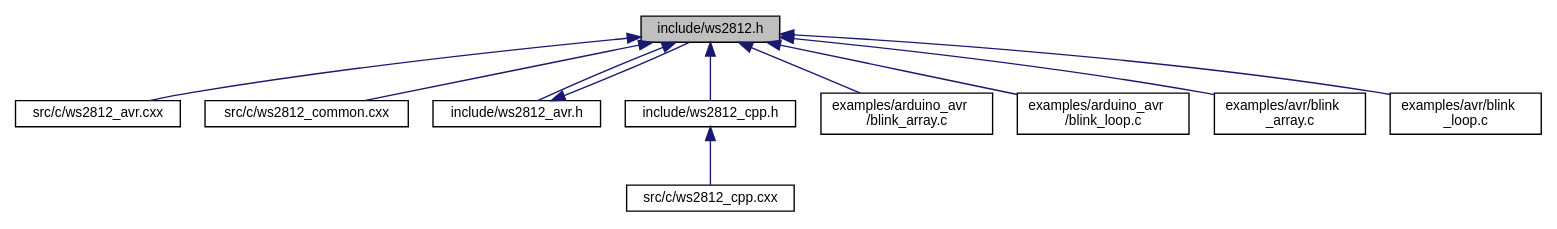
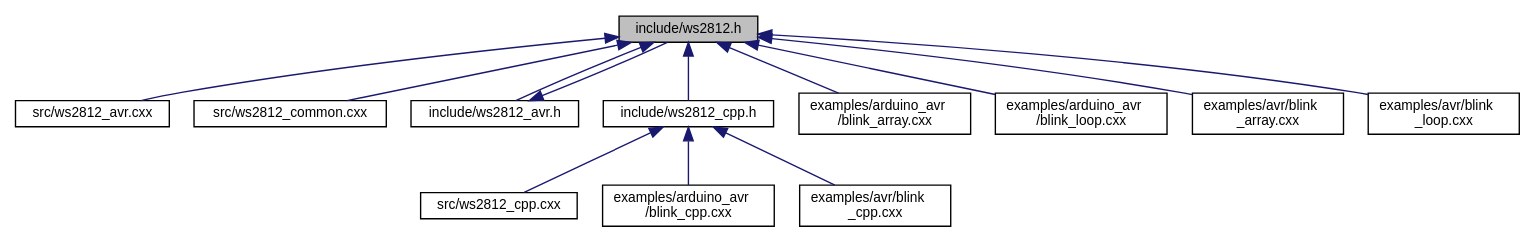
The diagram in docs/ws2812_8h__dep__incl.dot (CTXz/TinyWS2812), drawn with Graphviz before and after one commit. The commit also changed 99 other files, not shown here.

Commit message:
ws2812_cpp: Added more documentation + Minor fixes

```diff
--- a/docs/ws2812_8h__dep__incl.dot
+++ b/docs/ws2812_8h__dep__incl.dot
@@ -1,26 +1,30 @@
 digraph "include/ws2812.h"
 {
  // LATEX_PDF_SIZE
   edge [fontname="Helvetica",fontsize="10",labelfontname="Helvetica",labelfontsize="10"];
   node [fontname="Helvetica",fontsize="10",shape=record];
   Node1 [label="include/ws2812.h",height=0.2,width=0.4,color="black", fillcolor="grey75", style="filled", fontcolor="black",tooltip="Exposes the Tiny-WS2812 library interface."];
   Node1 -> Node2 [dir="back",color="midnightblue",fontsize="10",style="solid",fontname="Helvetica"];
-  Node2 [label="src/c/ws2812_avr.cxx",height=0.2,width=0.4,color="black", fillcolor="white", style="filled",URL="$ws2812__avr_8cxx_source.html",tooltip=" "];
+  Node2 [label="src/ws2812_avr.cxx",height=0.2,width=0.4,color="black", fillcolor="white", style="filled",URL="$ws2812__avr_8cxx_source.html",tooltip=" "];
   Node1 -> Node3 [dir="back",color="midnightblue",fontsize="10",style="solid",fontname="Helvetica"];
-  Node3 [label="src/c/ws2812_common.cxx",height=0.2,width=0.4,color="black", fillcolor="white", style="filled",URL="$ws2812__common_8cxx_source.html",tooltip=" "];
+  Node3 [label="src/ws2812_common.cxx",height=0.2,width=0.4,color="black", fillcolor="white", style="filled",URL="$ws2812__common_8cxx_source.html",tooltip=" "];
   Node1 -> Node4 [dir="back",color="midnightblue",fontsize="10",style="solid",fontname="Helvetica"];
   Node4 [label="include/ws2812_avr.h",height=0.2,width=0.4,color="black", fillcolor="white", style="filled",URL="$ws2812__avr_8h.html",tooltip="Provides AVR platform specific definitions."];
   Node4 -> Node1 [dir="back",color="midnightblue",fontsize="10",style="solid",fontname="Helvetica"];
   Node1 -> Node5 [dir="back",color="midnightblue",fontsize="10",style="solid",fontname="Helvetica"];
   Node5 [label="include/ws2812_cpp.h",height=0.2,width=0.4,color="black", fillcolor="white", style="filled",URL="$ws2812__cpp_8h.html",tooltip="C++ Wrapper for the Tiny-WS2812 interface."];
   Node5 -> Node6 [dir="back",color="midnightblue",fontsize="10",style="solid",fontname="Helvetica"];
-  Node6 [label="src/c/ws2812_cpp.cxx",height=0.2,width=0.4,color="black", fillcolor="white", style="filled",URL="$ws2812__cpp_8cxx_source.html",tooltip=" "];
-  Node1 -> Node7 [dir="back",color="midnightblue",fontsize="10",style="solid",fontname="Helvetica"];
-  Node7 [label="examples/arduino_avr\l/blink_array.c",height=0.2,width=0.4,color="black", fillcolor="white", style="filled",URL="$arduino__avr_2blink__array_8c.html",tooltip="Blinks one or more WS2812 devices using a RGB array."];
-  Node1 -> Node8 [dir="back",color="midnightblue",fontsize="10",style="solid",fontname="Helvetica"];
-  Node8 [label="examples/arduino_avr\l/blink_loop.c",height=0.2,width=0.4,color="black", fillcolor="white", style="filled",URL="$arduino__avr_2blink__loop_8c.html",tooltip="Blinks one or more WS2812 devices using a more memory efficient method than the blink_array...."];
+  Node6 [label="src/ws2812_cpp.cxx",height=0.2,width=0.4,color="black", fillcolor="white", style="filled",URL="$ws2812__cpp_8cxx_source.html",tooltip=" "];
+  Node5 -> Node7 [dir="back",color="midnightblue",fontsize="10",style="solid",fontname="Helvetica"];
+  Node7 [label="examples/arduino_avr\l/blink_cpp.cxx",height=0.2,width=0.4,color="black", fillcolor="white", style="filled",URL="$arduino__avr_2blink__cpp_8cxx.html",tooltip="Blinks one or more WS2812 devices using a RGB array."];
+  Node5 -> Node8 [dir="back",color="midnightblue",fontsize="10",style="solid",fontname="Helvetica"];
+  Node8 [label="examples/avr/blink\l_cpp.cxx",height=0.2,width=0.4,color="black", fillcolor="white", style="filled",URL="$avr_2blink__cpp_8cxx_source.html",tooltip=" "];
   Node1 -> Node9 [dir="back",color="midnightblue",fontsize="10",style="solid",fontname="Helvetica"];
-  Node9 [label="examples/avr/blink\l_array.c",height=0.2,width=0.4,color="black", fillcolor="white", style="filled",URL="$avr_2blink__array_8c.html",tooltip="Blinks one or more WS2812 devices using a RGB array."];
+  Node9 [label="examples/arduino_avr\l/blink_array.cxx",height=0.2,width=0.4,color="black", fillcolor="white", style="filled",URL="$arduino__avr_2blink__array_8cxx_source.html",tooltip=" "];
   Node1 -> Node10 [dir="back",color="midnightblue",fontsize="10",style="solid",fontname="Helvetica"];
-  Node10 [label="examples/avr/blink\l_loop.c",height=0.2,width=0.4,color="black", fillcolor="white", style="filled",URL="$avr_2blink__loop_8c.html",tooltip="Blinks one or more WS2812 devices using a more memory efficient method than the blink_array...."];
+  Node10 [label="examples/arduino_avr\l/blink_loop.cxx",height=0.2,width=0.4,color="black", fillcolor="white", style="filled",URL="$arduino__avr_2blink__loop_8cxx_source.html",tooltip=" "];
+  Node1 -> Node11 [dir="back",color="midnightblue",fontsize="10",style="solid",fontname="Helvetica"];
+  Node11 [label="examples/avr/blink\l_array.cxx",height=0.2,width=0.4,color="black", fillcolor="white", style="filled",URL="$avr_2blink__array_8cxx_source.html",tooltip=" "];
+  Node1 -> Node12 [dir="back",color="midnightblue",fontsize="10",style="solid",fontname="Helvetica"];
+  Node12 [label="examples/avr/blink\l_loop.cxx",height=0.2,width=0.4,color="black", fillcolor="white", style="filled",URL="$avr_2blink__loop_8cxx_source.html",tooltip=" "];
 }
```
